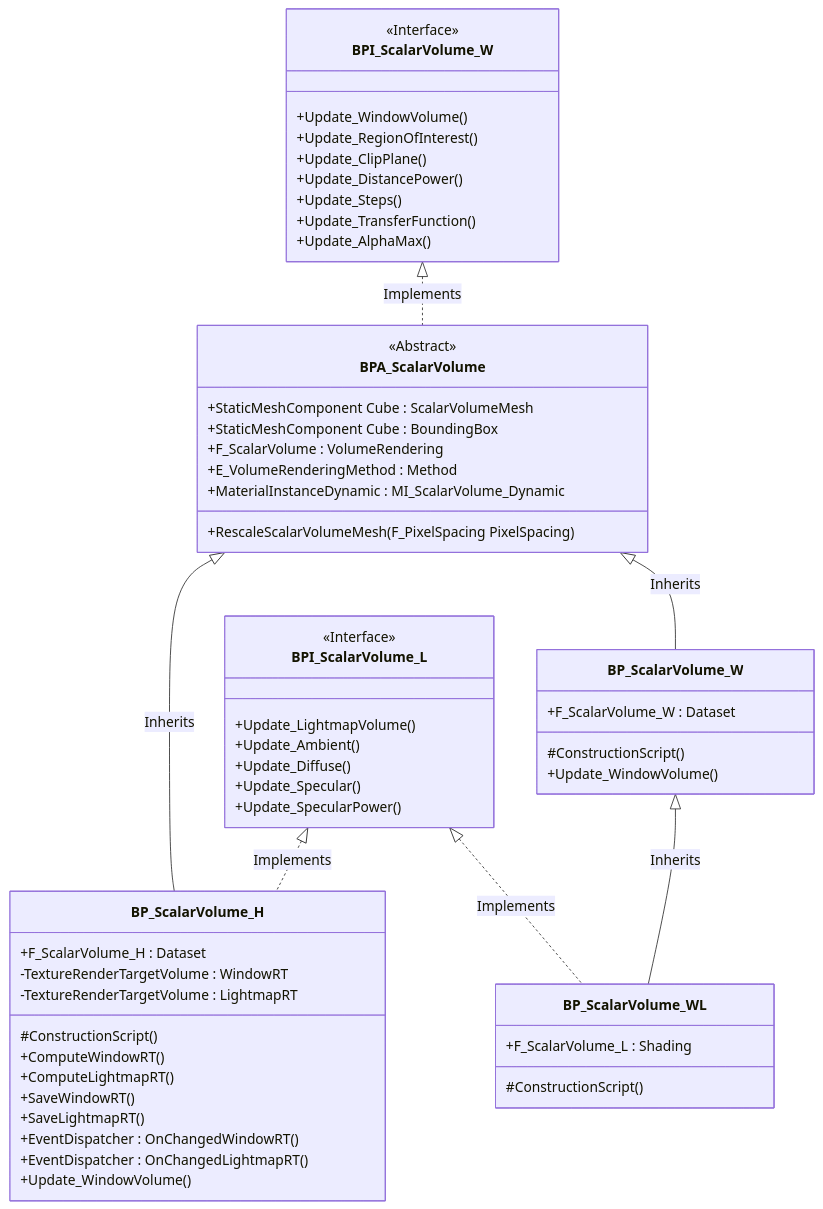
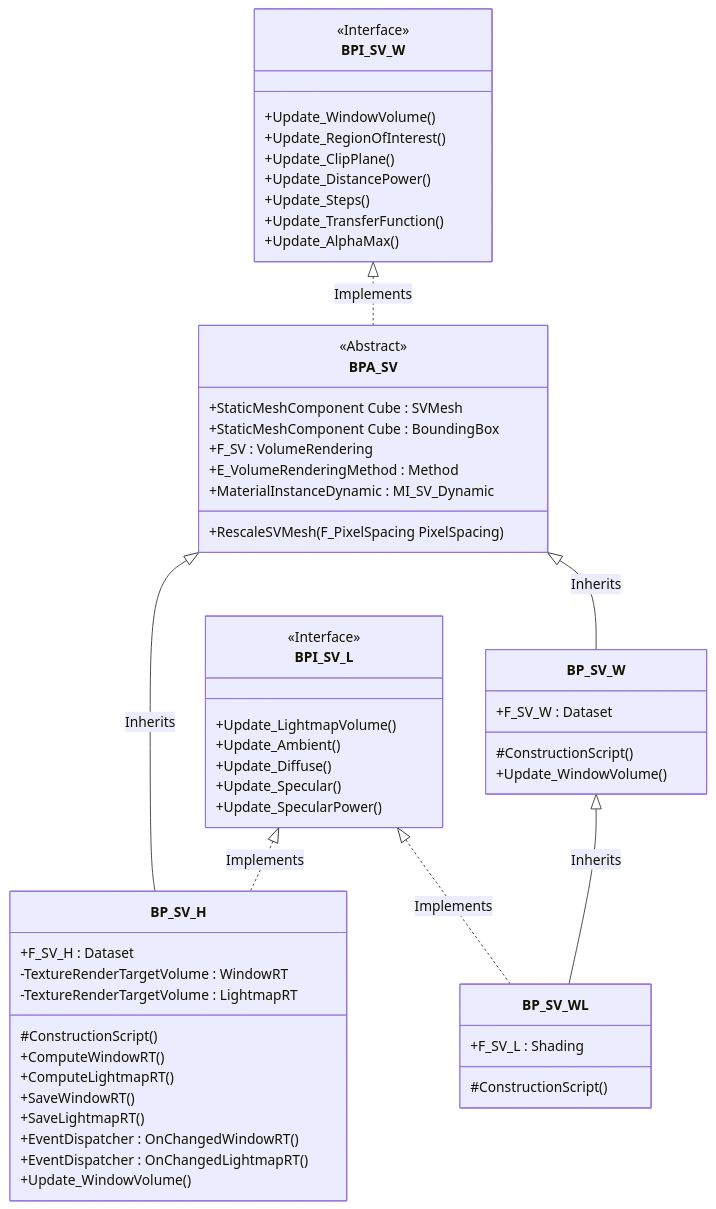
Before and after one commit to brugr9/UEPluginVolumeCreator: the first of 2 diagrams in README.md, drawn with Mermaid. The commit also changed other lines of this file, not shown here.

Commit message:
doc: Update readme, scalar volume

````diff
--- a/README.md
+++ b/README.md
@@ -145,62 +145,62 @@
 ```mermaid
 classDiagram
-  class BPA_ScalarVolume{
+  class BPA_SV{
     <<Abstract>>
-    +StaticMeshComponent Cube : ScalarVolumeMesh
+    +StaticMeshComponent Cube : SVMesh
     +StaticMeshComponent Cube : BoundingBox
-    +F_ScalarVolume : VolumeRendering
+    +F_SV : VolumeRendering
     +E_VolumeRenderingMethod : Method
-    +MaterialInstanceDynamic : MI_ScalarVolume_Dynamic
-    +RescaleScalarVolumeMesh(F_PixelSpacing PixelSpacing)
+    +MaterialInstanceDynamic : MI_SV_Dynamic
+    +RescaleSVMesh(F_PixelSpacing PixelSpacing)
   }
-  class BP_ScalarVolume_H{
-    +F_ScalarVolume_H : Dataset
+  class BP_SV_H{
+    +F_SV_H : Dataset
     -TextureRenderTargetVolume : WindowRT
     -TextureRenderTargetVolume : LightmapRT
     #ConstructionScript()
     +ComputeWindowRT()
     +ComputeLightmapRT()
     +SaveWindowRT()
     +SaveLightmapRT()
     +EventDispatcher : OnChangedWindowRT()
     +EventDispatcher : OnChangedLightmapRT()
     +Update_WindowVolume()
   }
-  class BPI_ScalarVolume_W{
+  class BPI_SV_W{
     <<Interface>>
     +Update_WindowVolume()
     +Update_RegionOfInterest()
     +Update_ClipPlane()
     +Update_DistancePower()
     +Update_Steps()
     +Update_TransferFunction()
     +Update_AlphaMax()
   }
-  class BPI_ScalarVolume_L{
+  class BPI_SV_L{
     <<Interface>>
     +Update_LightmapVolume()
     +Update_Ambient()
     +Update_Diffuse()
     +Update_Specular()
     +Update_SpecularPower()
   }
-  class BP_ScalarVolume_W{
-    +F_ScalarVolume_W : Dataset
+  class BP_SV_W{
+    +F_SV_W : Dataset
     #ConstructionScript()
     +Update_WindowVolume()
   }
-  class BP_ScalarVolume_WL{
-    +F_ScalarVolume_L : Shading
+  class BP_SV_WL{
+    +F_SV_L : Shading
     #ConstructionScript()
   }
 
-  BPA_ScalarVolume <|-- BP_ScalarVolume_H : Inherits
-  BPI_ScalarVolume_W <|.. BPA_ScalarVolume : Implements
-  BPI_ScalarVolume_L <|.. BP_ScalarVolume_H : Implements
+  BPA_SV <|-- BP_SV_H : Inherits
+  BPI_SV_W <|.. BPA_SV : Implements
+  BPI_SV_L <|.. BP_SV_H : Implements
 
-  BPI_ScalarVolume_L <|.. BP_ScalarVolume_WL : Implements
+  BPI_SV_L <|.. BP_SV_WL : Implements
 
-  BPA_ScalarVolume <|-- BP_ScalarVolume_W : Inherits
-  BP_ScalarVolume_W <|-- BP_ScalarVolume_WL : Inherits  
+  BPA_SV <|-- BP_SV_W : Inherits
+  BP_SV_W <|-- BP_SV_WL : Inherits  
 
 ```
````
